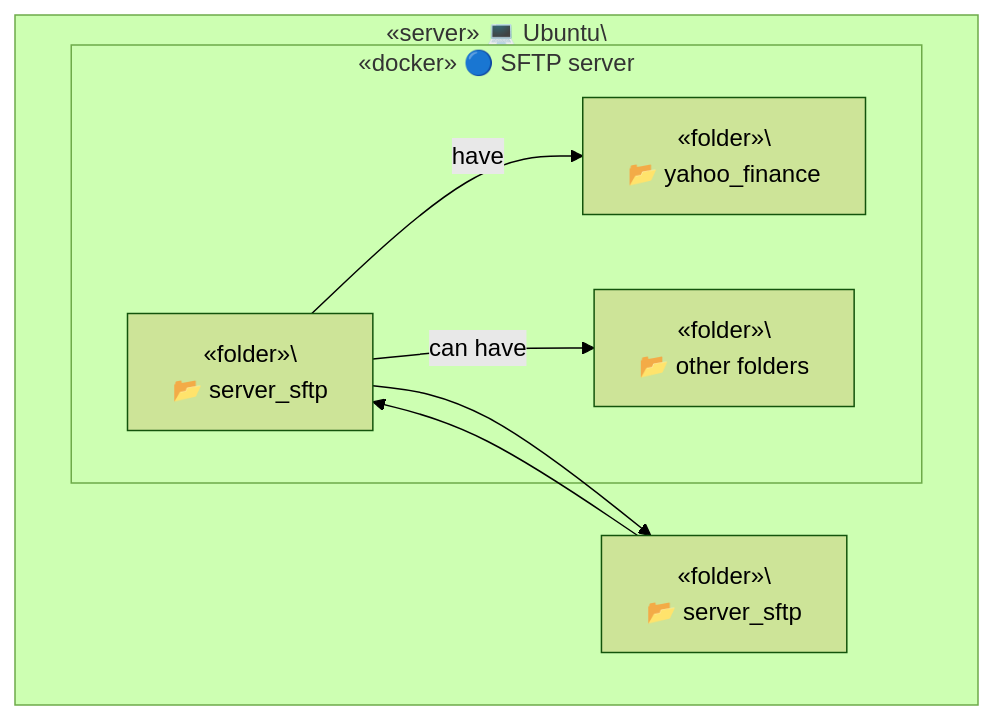
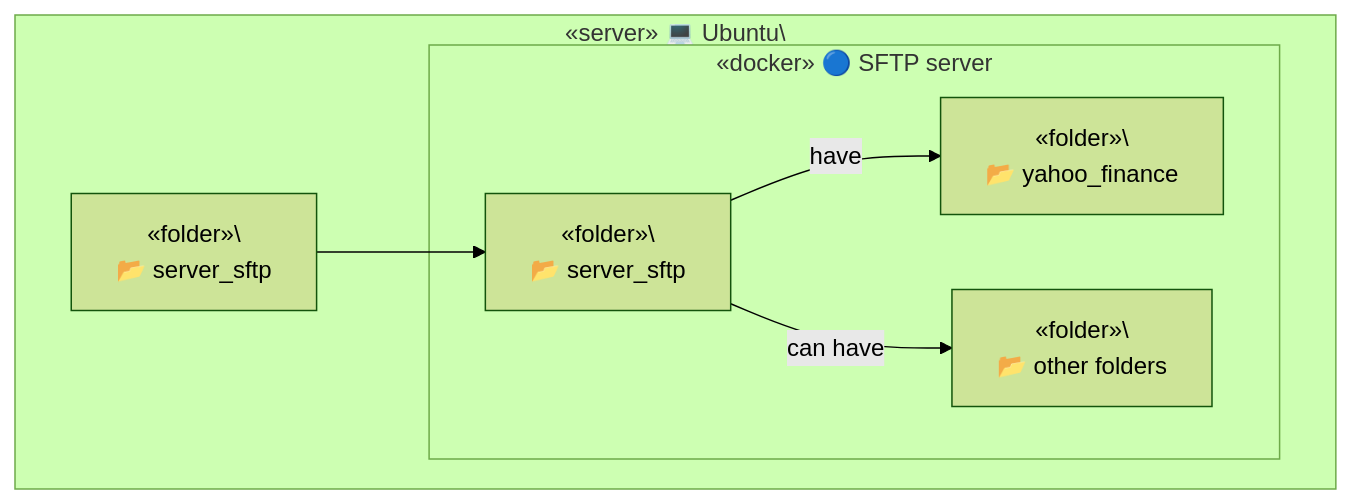
One commit to TrulyDigital/DATA_STREET changed the third of 4 diagrams in server_sftp/README.md. Above: the diagram before and after it, drawn with Mermaid (forest theme).

Commit message:
update: server_sftp README.md

````diff
--- a/server_sftp/README.md
+++ b/server_sftp/README.md
@@ -30,17 +30,16 @@
 ```mermaid
-graph TD
+graph TB
     subgraph Container_A [«server» 💻 Ubuntu\<br/>]
         A1[«folder»\<br/> 📂 server_sftp]
         subgraph Container_B [«docker» 🔵 SFTP server]
             B1[«folder»\<br/> 📂 server_sftp]
             B2[«folder»\<br/> 📂 yahoo_finance]
             B3[«folder»\<br/> 📂 other folders]
         end
 
-        B1 --> A1
         A1 --> B1
 
         B1 -- have --> B2
         B1 -- can have --> B3
     end
 ```
````
